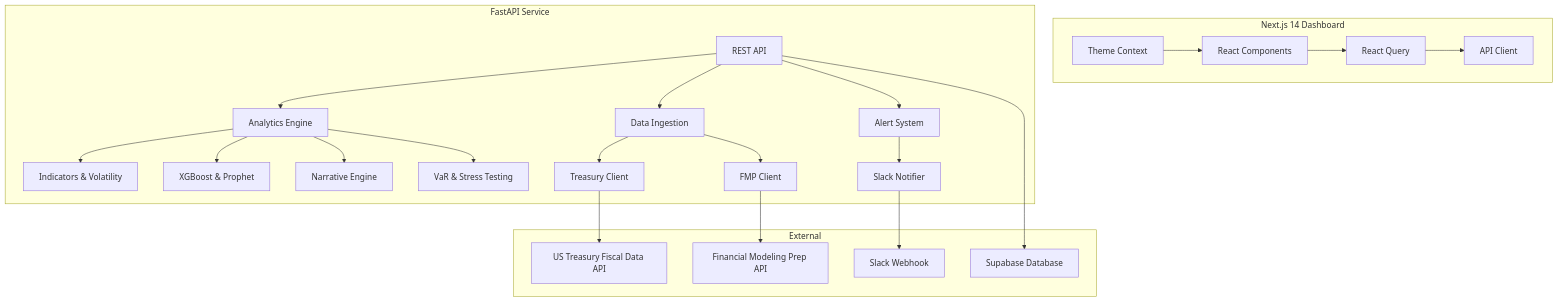
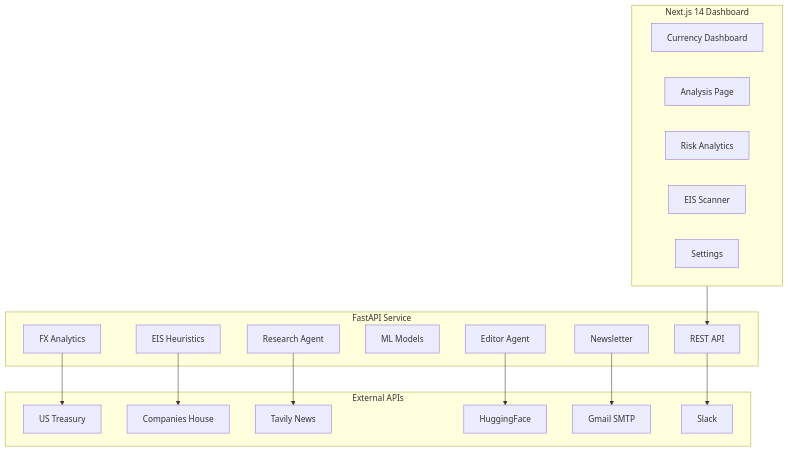
The diagram in README.md (nagasriramnani/Currency-Intelligence-Platform-V2), drawn with Mermaid before and after one commit. The commit also changed other lines of this file and 6 other files, not shown here.

````diff
--- a/README.md
+++ b/README.md
@@ -93,35 +54,37 @@
 ```mermaid
 graph TD
-    subgraph Frontend [Next.js 14 Dashboard]
-        UI[React Components] --> RQ[React Query]
-        RQ --> API_Client[API Client]
-        Theme[Theme Context] --> UI
+    subgraph Frontend["Next.js 14 Dashboard"]
+        Currency[Currency Dashboard]
+        Analysis[Analysis Page]
+        Risk[Risk Analytics]
+        EIS[EIS Scanner]
+        Settings[Settings]
     end
 
-    subgraph Backend [FastAPI Service]
-        API[REST API] --> Analytics[Analytics Engine]
-        Analytics --> Indicators[Indicators & Volatility]
-        Analytics --> ML[XGBoost & Prophet]
-        Analytics --> NLP[Narrative Engine]
-        Analytics --> Risk[VaR & Stress Testing]
-        
-        API --> Data[Data Ingestion]
-        Data --> Treasury[Treasury Client]
-        Data --> FMP[FMP Client]
-        
-        API --> Alerts[Alert System]
-        Alerts --> Slack[Slack Notifier]
+    subgraph Backend["FastAPI Service"]
+        API[REST API]
+        FXAnalytics[FX Analytics]
+        EISEngine[EIS Heuristics]
+        ML[ML Models]
+        Research[Research Agent]
+        Editor[Editor Agent]
+        Newsletter[Newsletter]
     end
 
-    subgraph External
-        TreasuryAPI[US Treasury Fiscal Data API]
-        FMPAPI[Financial Modeling Prep API]
-        SlackAPI[Slack Webhook]
-        Supabase[Supabase Database]
+    subgraph External["External APIs"]
+        Treasury[US Treasury]
+        CompaniesHouse[Companies House]
+        Tavily[Tavily News]
+        HuggingFace[HuggingFace]
+        Gmail[Gmail SMTP]
+        Slack[Slack]
     end
 
-    Treasury --> TreasuryAPI
-    FMP --> FMPAPI
-    Slack --> SlackAPI
-    API --> Supabase
+    Frontend --> API
+    FXAnalytics --> Treasury
+    EISEngine --> CompaniesHouse
+    Research --> Tavily
+    Editor --> HuggingFace
+    Newsletter --> Gmail
+    API --> Slack
 ```
````
